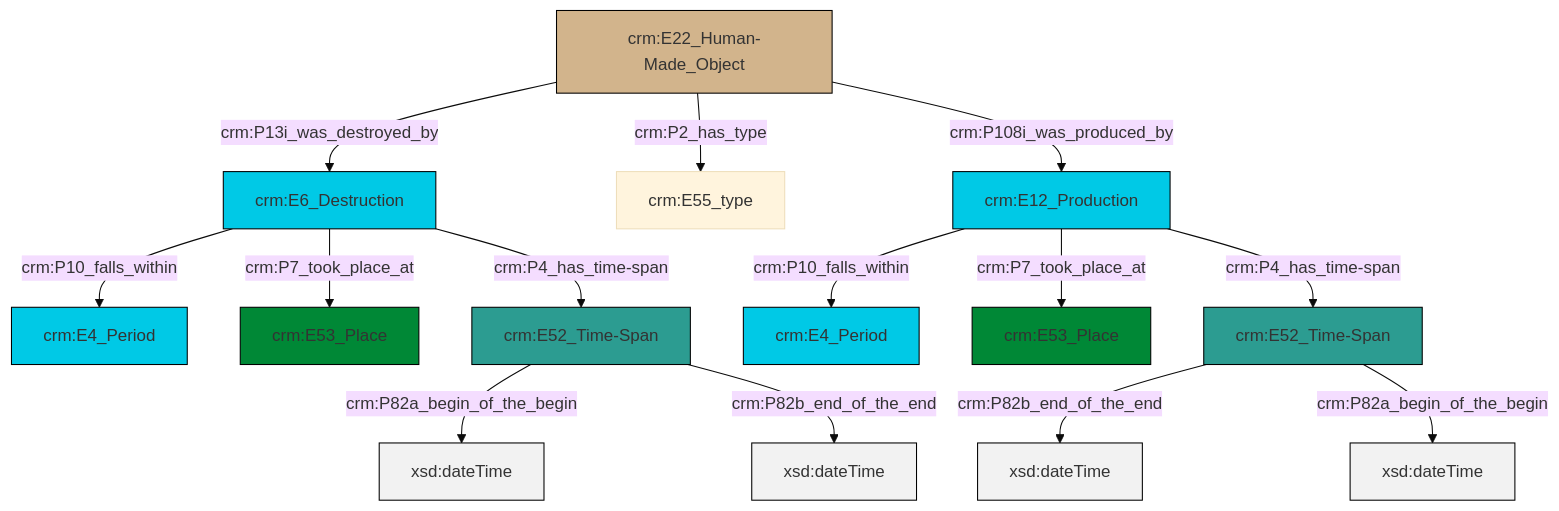
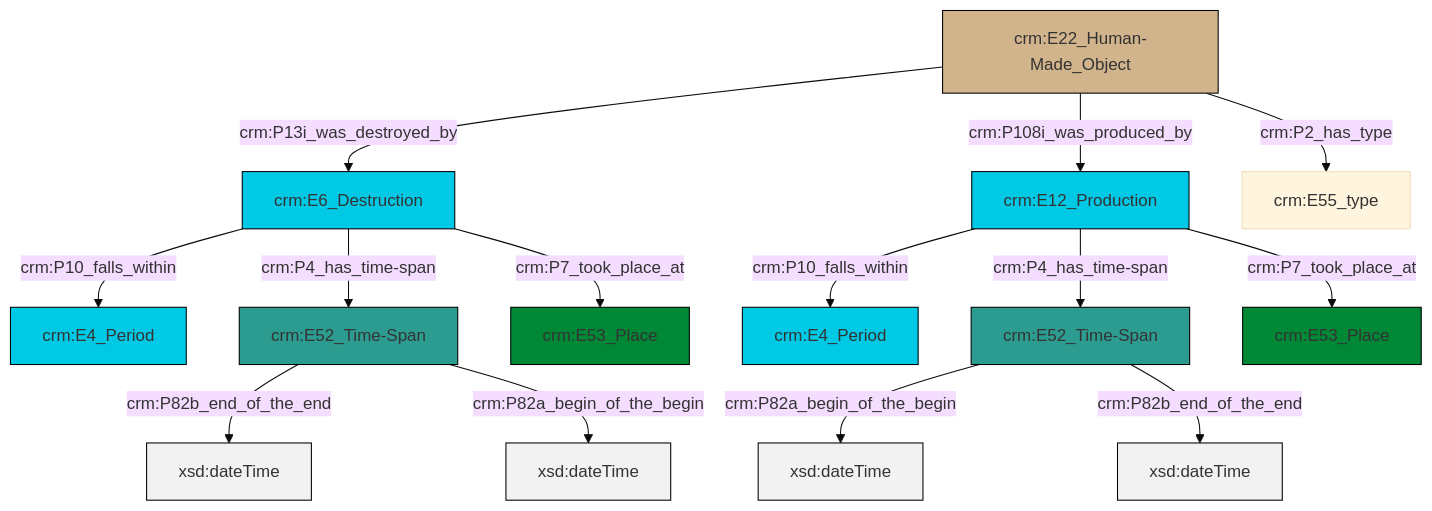
One commit to swiss-art-research-net/reference-data-models changed the diagram in et/artworkCSV/ttl/mmd/Artwork_Existence.ttl.mmd. Above: the diagram before and after it, drawn with Mermaid (base theme). The commit also changed 125 other files, not shown here.

```diff
--- a/et/artworkCSV/ttl/mmd/Artwork_Existence.ttl.mmd
+++ b/et/artworkCSV/ttl/mmd/Artwork_Existence.ttl.mmd
@@ -1,28 +1,28 @@
 graph TD
 classDef Literal fill:#f2f2f2,stroke:#000000;
 classDef CRM_Entity fill:#FFFFFF,stroke:#000000;
 classDef Temporal_Entity fill:#00C9E6, stroke:#000000;
 classDef Type fill:#E18312, stroke:#000000;
 classDef Time-Span fill:#2C9C91, stroke:#000000;
 classDef Appellation fill:#FFEB7F, stroke:#000000;
 classDef Place fill:#008836, stroke:#000000;
 classDef Persistent_Item fill:#B266B2, stroke:#000000;
 classDef Conceptual_Object fill:#FFD700, stroke:#000000;
 classDef Physical_Thing fill:#D2B48C, stroke:#000000;
 classDef Actor fill:#f58aad, stroke:#000000;
 classDef PC_Classes fill:#4ce600, stroke:#000000;
 classDef Multi fill:#cccccc,stroke:#000000;
 
-4["crm:E22_Human-Made_Object"]:::Physical_Thing -->|crm:P13i_was_destroyed_by| 5["crm:E6_Destruction"]:::Temporal_Entity
-2["crm:E12_Production"]:::Temporal_Entity -->|crm:P10_falls_within| 6["crm:E4_Period"]:::Temporal_Entity
-2["crm:E12_Production"]:::Temporal_Entity -->|crm:P7_took_place_at| 7["crm:E53_Place"]:::Place
-5["crm:E6_Destruction"]:::Temporal_Entity -->|crm:P10_falls_within| 8["crm:E4_Period"]:::Temporal_Entity
-0["crm:E52_Time-Span"]:::Time-Span -->|crm:P82a_begin_of_the_begin| 10[xsd:dateTime]:::Literal
-2["crm:E12_Production"]:::Temporal_Entity -->|crm:P4_has_time-span| 11["crm:E52_Time-Span"]:::Time-Span
-4["crm:E22_Human-Made_Object"]:::Physical_Thing -->|crm:P2_has_type| 12["crm:E55_type"]:::Default
-11["crm:E52_Time-Span"]:::Time-Span -->|crm:P82b_end_of_the_end| 13[xsd:dateTime]:::Literal
-11["crm:E52_Time-Span"]:::Time-Span -->|crm:P82a_begin_of_the_begin| 18[xsd:dateTime]:::Literal
-5["crm:E6_Destruction"]:::Temporal_Entity -->|crm:P7_took_place_at| 14["crm:E53_Place"]:::Place
-5["crm:E6_Destruction"]:::Temporal_Entity -->|crm:P4_has_time-span| 0["crm:E52_Time-Span"]:::Time-Span
-0["crm:E52_Time-Span"]:::Time-Span -->|crm:P82b_end_of_the_end| 21[xsd:dateTime]:::Literal
-4["crm:E22_Human-Made_Object"]:::Physical_Thing -->|crm:P108i_was_produced_by| 2["crm:E12_Production"]:::Temporal_Entity
+0["crm:E22_Human-Made_Object"]:::Physical_Thing -->|crm:P13i_was_destroyed_by| 1["crm:E6_Destruction"]:::Temporal_Entity
+2["crm:E12_Production"]:::Temporal_Entity -->|crm:P10_falls_within| 3["crm:E4_Period"]:::Temporal_Entity
+4["crm:E52_Time-Span"]:::Time-Span -->|crm:P82b_end_of_the_end| 5[xsd:dateTime]:::Literal
+1["crm:E6_Destruction"]:::Temporal_Entity -->|crm:P10_falls_within| 6["crm:E4_Period"]:::Temporal_Entity
+7["crm:E52_Time-Span"]:::Time-Span -->|crm:P82a_begin_of_the_begin| 8[xsd:dateTime]:::Literal
+1["crm:E6_Destruction"]:::Temporal_Entity -->|crm:P4_has_time-span| 4["crm:E52_Time-Span"]:::Time-Span
+0["crm:E22_Human-Made_Object"]:::Physical_Thing -->|crm:P108i_was_produced_by| 2["crm:E12_Production"]:::Temporal_Entity
+0["crm:E22_Human-Made_Object"]:::Physical_Thing -->|crm:P2_has_type| 10["crm:E55_type"]:::Default
+7["crm:E52_Time-Span"]:::Time-Span -->|crm:P82b_end_of_the_end| 12[xsd:dateTime]:::Literal
+2["crm:E12_Production"]:::Temporal_Entity -->|crm:P4_has_time-span| 7["crm:E52_Time-Span"]:::Time-Span
+2["crm:E12_Production"]:::Temporal_Entity -->|crm:P7_took_place_at| 15["crm:E53_Place"]:::Place
+4["crm:E52_Time-Span"]:::Time-Span -->|crm:P82a_begin_of_the_begin| 20[xsd:dateTime]:::Literal
+1["crm:E6_Destruction"]:::Temporal_Entity -->|crm:P7_took_place_at| 22["crm:E53_Place"]:::Place
```
